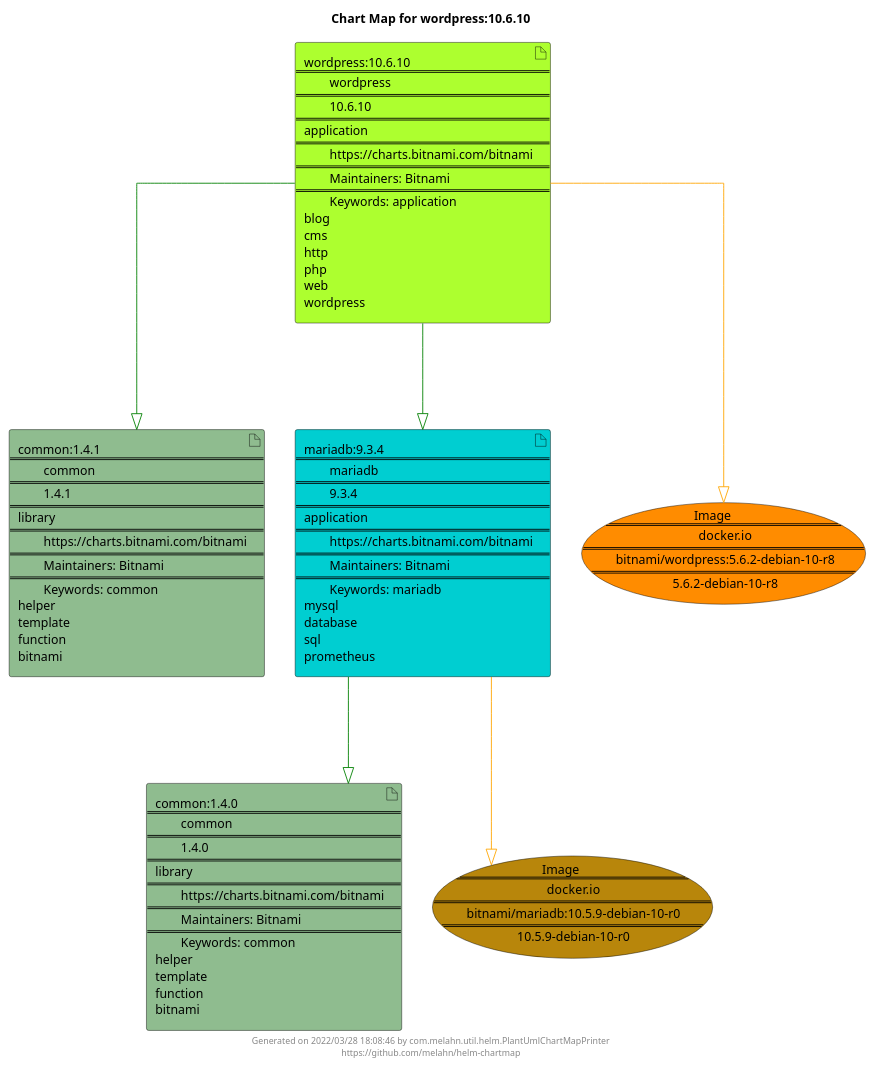
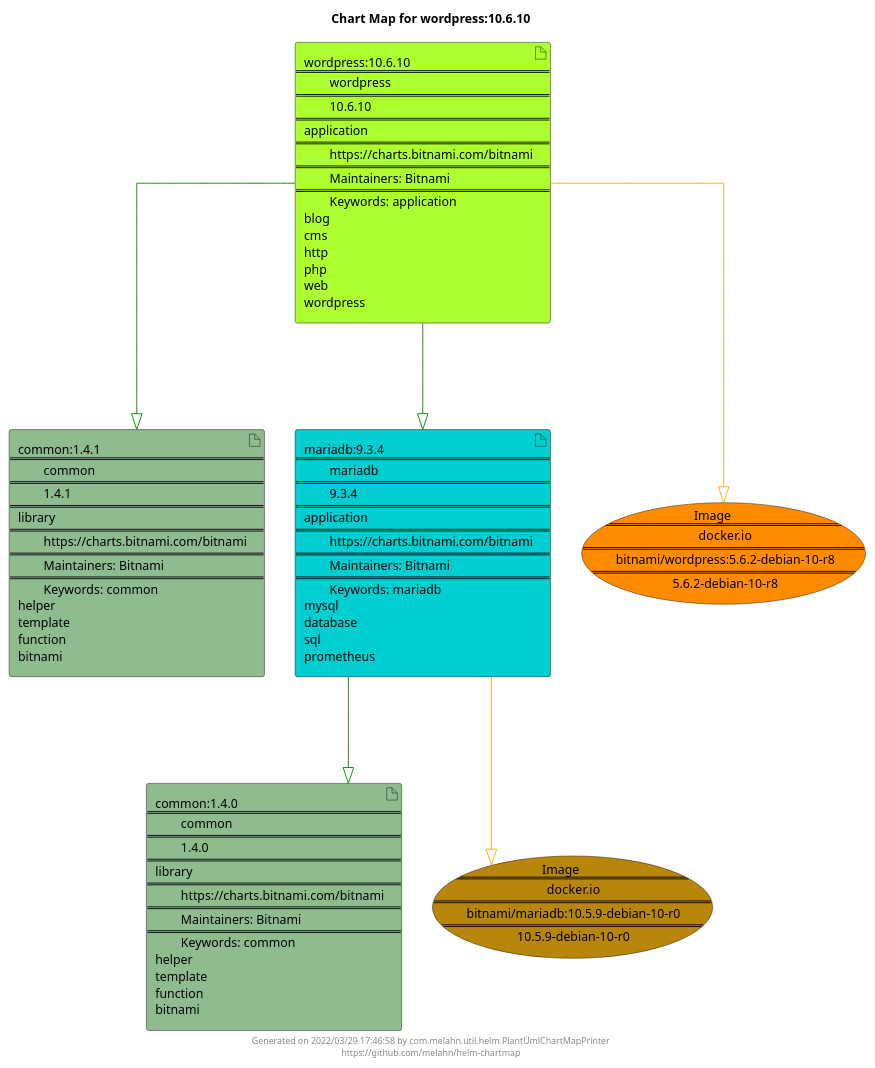
The diagram in docs/wordpress/wordpress-10.6.10.puml (melahn/helm-chartmap), drawn with PlantUML before and after one commit. The commit also changed 55 other files, not shown here.

Commit message:
Update Example Chart Maps as part of GitHub build

```diff
--- a/docs/wordpress/wordpress-10.6.10.puml
+++ b/docs/wordpress/wordpress-10.6.10.puml
@@ -1,29 +1,29 @@
 @startuml
 skinparam linetype ortho
 skinparam backgroundColor white
 skinparam usecaseBorderColor black
 skinparam usecaseArrowColor LightSlateGray
 skinparam artifactBorderColor black
 skinparam artifactArrowColor LightSlateGray
 
 title Chart Map for wordpress:10.6.10
 
 'There are 4 referenced Helm Charts
 artifact "common:1.4.1\n====\n\tcommon\n====\n\t1.4.1\n====\nlibrary\n====\n\thttps://charts.bitnami.com/bitnami\n====\n\tMaintainers: Bitnami\n====\n\tKeywords: common\nhelper\ntemplate\nfunction\nbitnami" as common_1_4_1 #DarkSeaGreen
 artifact "mariadb:9.3.4\n====\n\tmariadb\n====\n\t9.3.4\n====\napplication\n====\n\thttps://charts.bitnami.com/bitnami\n====\n\tMaintainers: Bitnami\n====\n\tKeywords: mariadb\nmysql\ndatabase\nsql\nprometheus" as mariadb_9_3_4 #DarkTurquoise
 artifact "common:1.4.0\n====\n\tcommon\n====\n\t1.4.0\n====\nlibrary\n====\n\thttps://charts.bitnami.com/bitnami\n====\n\tMaintainers: Bitnami\n====\n\tKeywords: common\nhelper\ntemplate\nfunction\nbitnami" as common_1_4_0 #DarkSeaGreen
 artifact "wordpress:10.6.10\n====\n\twordpress\n====\n\t10.6.10\n====\napplication\n====\n\thttps://charts.bitnami.com/bitnami\n====\n\tMaintainers: Bitnami\n====\n\tKeywords: application\nblog\ncms\nhttp\nphp\nweb\nwordpress" as wordpress_10_6_10 #GreenYellow
 
 'There are 2 referenced Docker Images
 usecase "Image\n====\n\tdocker.io\n====\n\tbitnami/wordpress:5.6.2-debian-10-r8\n====\n\t5.6.2-debian-10-r8" as docker_io_bitnami_wordpress_5_6_2_debian_10_r8 #Darkorange
 usecase "Image\n====\n\tdocker.io\n====\n\tbitnami/mariadb:10.5.9-debian-10-r0\n====\n\t10.5.9-debian-10-r0" as docker_io_bitnami_mariadb_10_5_9_debian_10_r0 #DarkGoldenRod
 
 'Chart Dependencies
 wordpress_10_6_10--[#green]-|>common_1_4_1
 wordpress_10_6_10--[#green]-|>mariadb_9_3_4
 mariadb_9_3_4--[#green]-|>common_1_4_0
 mariadb_9_3_4--[#orange]-|>docker_io_bitnami_mariadb_10_5_9_debian_10_r0
 wordpress_10_6_10--[#orange]-|>docker_io_bitnami_wordpress_5_6_2_debian_10_r8
 
-center footer Generated on 2022/03/28 18:08:46 by com.melahn.util.helm.PlantUmlChartMapPrinter\nhttps://github.com/melahn/helm-chartmap
+center footer Generated on 2022/03/29 17:46:58 by com.melahn.util.helm.PlantUmlChartMapPrinter\nhttps://github.com/melahn/helm-chartmap
 @enduml
```
